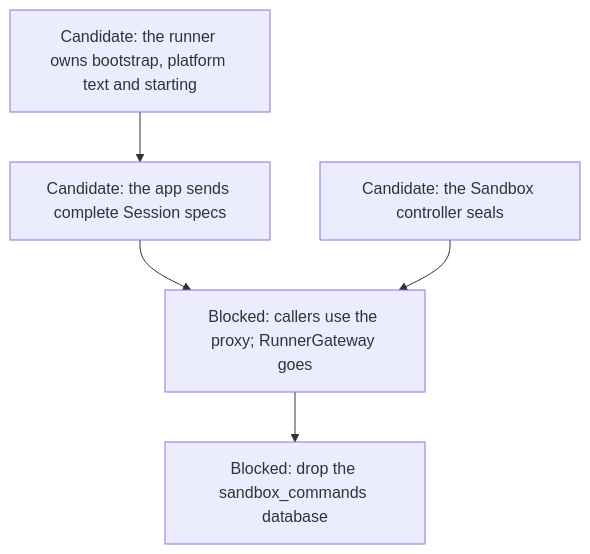
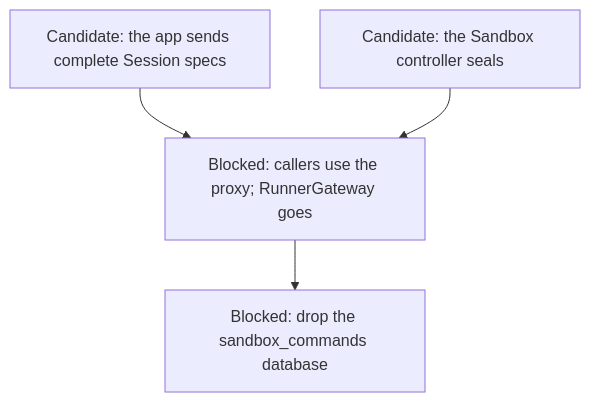
Before and after one commit to agentydragon-agent/ducktape: diagram 15 of 15 in agentplane/plans/task_dag.md, drawn with Mermaid. The commit also changed other lines of this file and 65 other files, not shown here.

````diff
--- a/agentplane/plans/task_dag.md
+++ b/agentplane/plans/task_dag.md
@@ -855,12 +855,10 @@
 ```mermaid
 flowchart TD
-    RUNNER_SESSION_LAUNCH[Candidate: the runner owns bootstrap, platform text and starting]
     APP_SESSION_DEFAULTS[Candidate: the app sends complete Session specs]
     CONTROLLER_SEALS[Candidate: the Sandbox controller seals]
     GATEWAY_WRAPPER_RETIRE[Blocked: callers use the proxy; RunnerGateway goes]
     GATEWAY_DATABASE_DROP[Blocked: drop the sandbox_commands database]
-    RUNNER_SESSION_LAUNCH --> APP_SESSION_DEFAULTS
     APP_SESSION_DEFAULTS --> GATEWAY_WRAPPER_RETIRE
     CONTROLLER_SEALS --> GATEWAY_WRAPPER_RETIRE
     GATEWAY_WRAPPER_RETIRE --> GATEWAY_DATABASE_DROP
 ```
````
